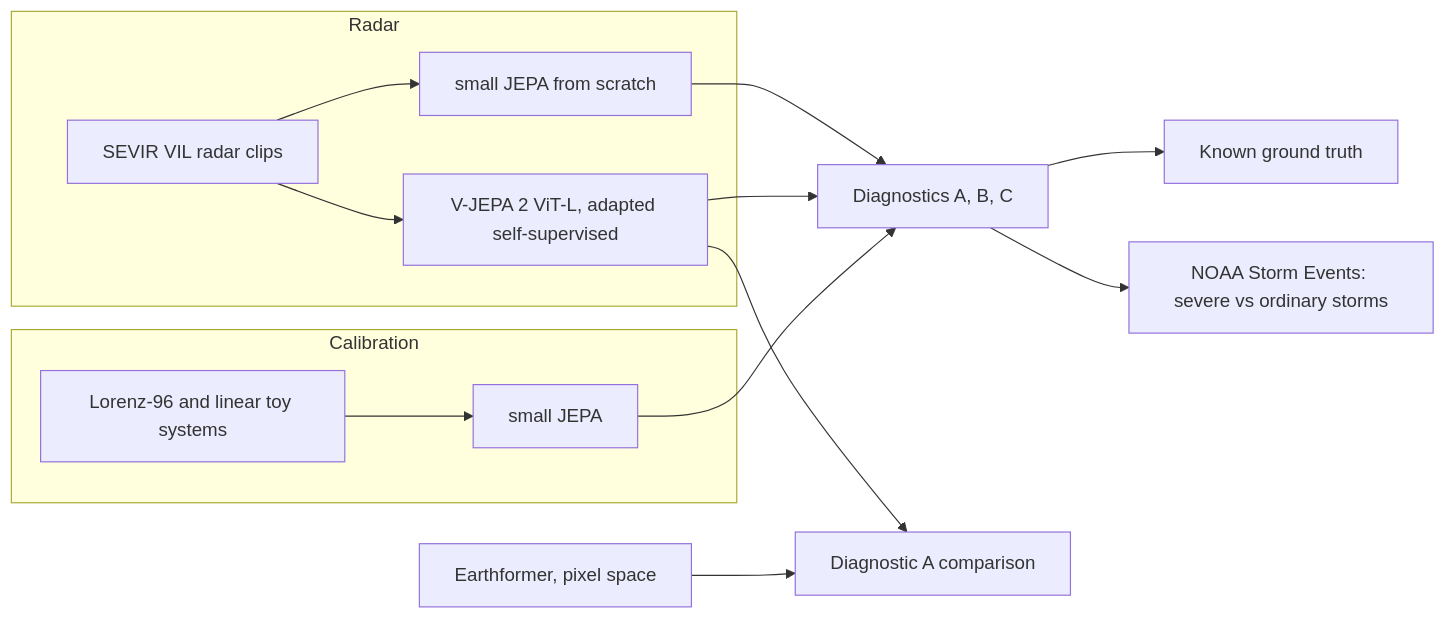
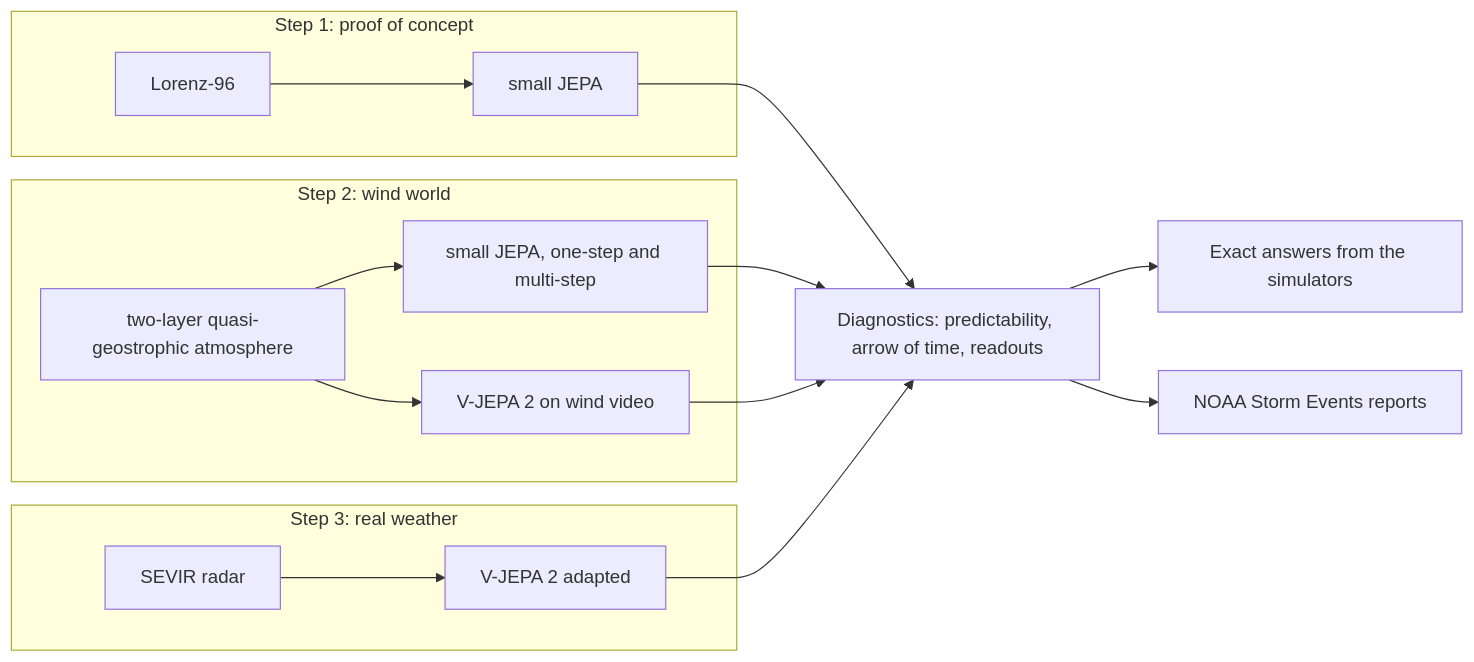
The diagram in README.md (gabrielkpo/weather-world-model), drawn with Mermaid before and after one commit. The commit also changed other lines of this file and 2 other files, not shown here.

First line of the commit message:
docs: adopt the three-step plan (protocol amendment 2) (#8)

````diff
--- a/README.md
+++ b/README.md
@@ -19,17 +19,19 @@
 ```mermaid
 flowchart LR
-    subgraph Calibration
-        L96[Lorenz-96 and linear toy systems] --> JS[small JEPA]
+    subgraph S1[Step 1: proof of concept]
+        L96[Lorenz-96] --> JS1[small JEPA]
     end
-    subgraph Radar
-        SEVIR[SEVIR VIL radar clips] --> VJ[V-JEPA 2 ViT-L, adapted self-supervised]
-        SEVIR --> JR[small JEPA from scratch]
+    subgraph S2[Step 2: wind world]
+        QG[two-layer quasi-geostrophic atmosphere] --> JS2[small JEPA, one-step and multi-step]
+        QG --> VJ2[V-JEPA 2 on wind video]
     end
-    JS --> D[Diagnostics A, B, C]
-    VJ --> D
-    JR --> D
-    D --> TRUTH[Known ground truth]
-    D --> NOAA[NOAA Storm Events: severe vs ordinary storms]
-    EF[Earthformer, pixel space] --> CMP[Diagnostic A comparison]
-    VJ --> CMP
+    subgraph S3[Step 3: real weather]
+        SEVIR[SEVIR radar] --> VJ3[V-JEPA 2 adapted]
+    end
+    JS1 --> D[Diagnostics: predictability, arrow of time, readouts]
+    JS2 --> D
+    VJ2 --> D
+    VJ3 --> D
+    D --> TRUTH[Exact answers from the simulators]
+    D --> NOAA[NOAA Storm Events reports]
 ```
````
